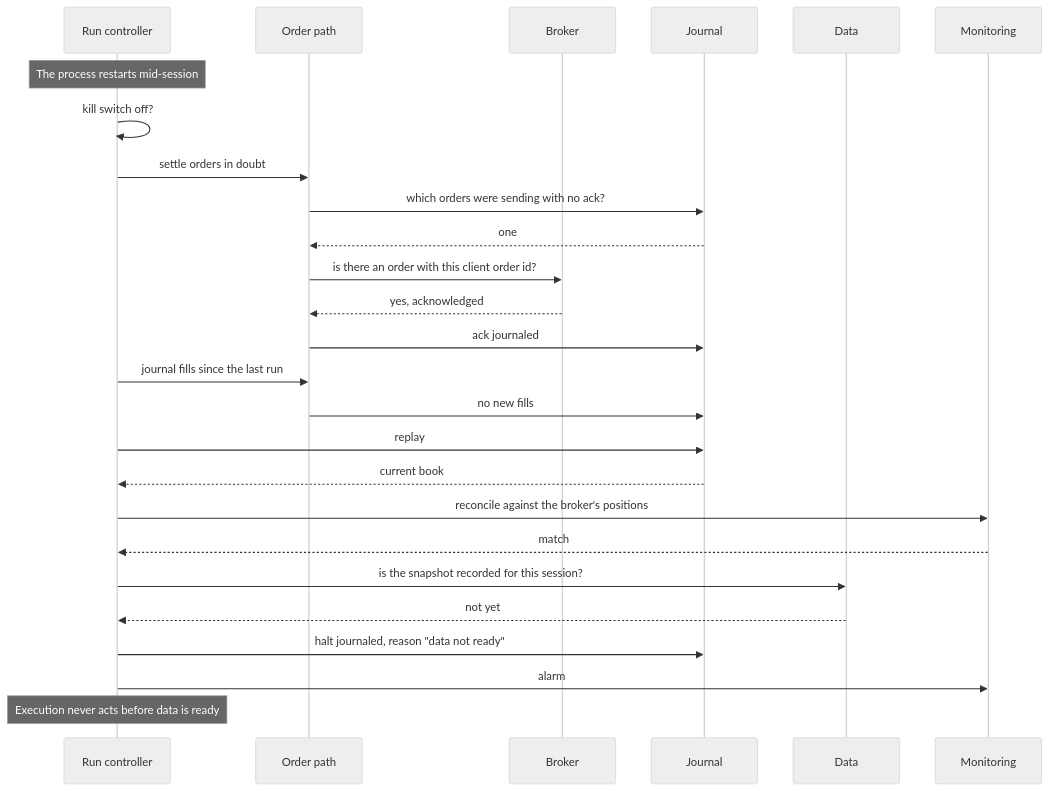
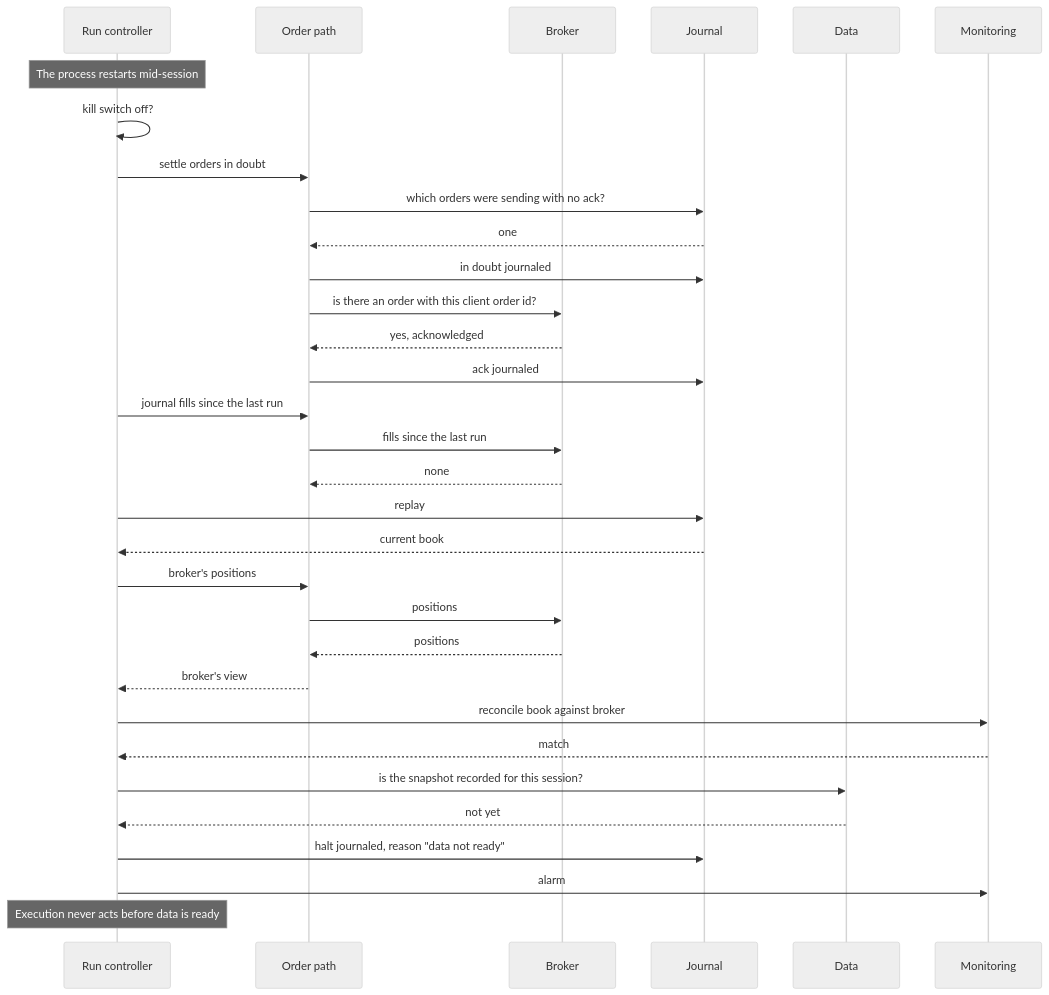
One commit to l3a0/ithildin-runtime changed the sixth of 16 diagrams in docs/architecture.md. Above: the diagram before and after it, drawn with Mermaid (neutral theme). The commit also changed other lines of this file, not shown here.

First line of the commit message:
docs(architecture): fix what the third review round found

````diff
--- a/docs/architecture.md
+++ b/docs/architecture.md
@@ -458,29 +458,35 @@
 ```mermaid
 sequenceDiagram
     participant R as Run controller
     participant X as Order path
     participant B as Broker
     participant J as Journal
     participant D as Data
     participant M as Monitoring
 
     Note over R: The process restarts mid-session
     R->>R: kill switch off?
     R->>X: settle orders in doubt
     X->>J: which orders were sending with no ack?
     J-->>X: one
+    X->>J: in doubt journaled
     X->>B: is there an order with this client order id?
     B-->>X: yes, acknowledged
     X->>J: ack journaled
     R->>X: journal fills since the last run
-    X->>J: no new fills
+    X->>B: fills since the last run
+    B-->>X: none
     R->>J: replay
     J-->>R: current book
-    R->>M: reconcile against the broker's positions
+    R->>X: broker's positions
+    X->>B: positions
+    B-->>X: positions
+    X-->>R: broker's view
+    R->>M: reconcile book against broker
     M-->>R: match
     R->>D: is the snapshot recorded for this session?
     D-->>R: not yet
     R->>J: halt journaled, reason "data not ready"
     R->>M: alarm
     Note over R: Execution never acts before data is ready
 ```
````
